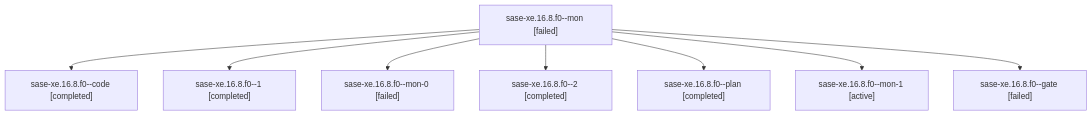
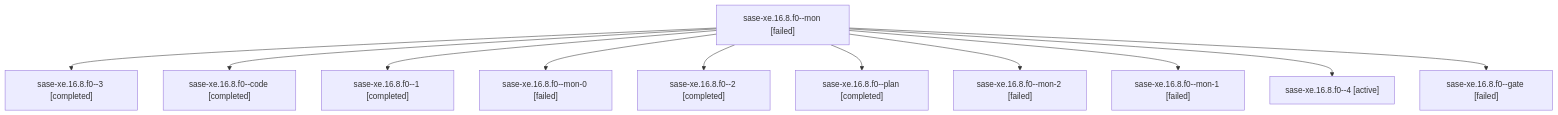
The diagram in families/bbugyi200.athena.sase-xe.16.8.f0.md (sase-org/sase--agents), drawn with Mermaid before and after one commit. The commit also changed other lines of this file and 151 other files, not shown here.

````diff
--- a/families/bbugyi200.athena.sase-xe.16.8.f0.md
+++ b/families/bbugyi200.athena.sase-xe.16.8.f0.md
@@ -9,18 +9,24 @@
 ```mermaid
 flowchart TD
   n0["sase-xe.16.8.f0--mon [failed]"]
-  n1["sase-xe.16.8.f0--code [completed]"]
+  n1["sase-xe.16.8.f0--3 [completed]"]
   n0 --> n1
-  n2["sase-xe.16.8.f0--1 [completed]"]
+  n2["sase-xe.16.8.f0--code [completed]"]
   n0 --> n2
-  n3["sase-xe.16.8.f0--mon-0 [failed]"]
+  n3["sase-xe.16.8.f0--1 [completed]"]
   n0 --> n3
-  n4["sase-xe.16.8.f0--2 [completed]"]
+  n4["sase-xe.16.8.f0--mon-0 [failed]"]
   n0 --> n4
-  n5["sase-xe.16.8.f0--plan [completed]"]
+  n5["sase-xe.16.8.f0--2 [completed]"]
   n0 --> n5
-  n6["sase-xe.16.8.f0--mon-1 [active]"]
+  n6["sase-xe.16.8.f0--plan [completed]"]
   n0 --> n6
-  n7["sase-xe.16.8.f0--gate [failed]"]
+  n7["sase-xe.16.8.f0--mon-2 [failed]"]
   n0 --> n7
+  n8["sase-xe.16.8.f0--mon-1 [failed]"]
+  n0 --> n8
+  n9["sase-xe.16.8.f0--4 [active]"]
+  n0 --> n9
+  n10["sase-xe.16.8.f0--gate [failed]"]
+  n0 --> n10
 ```
````
